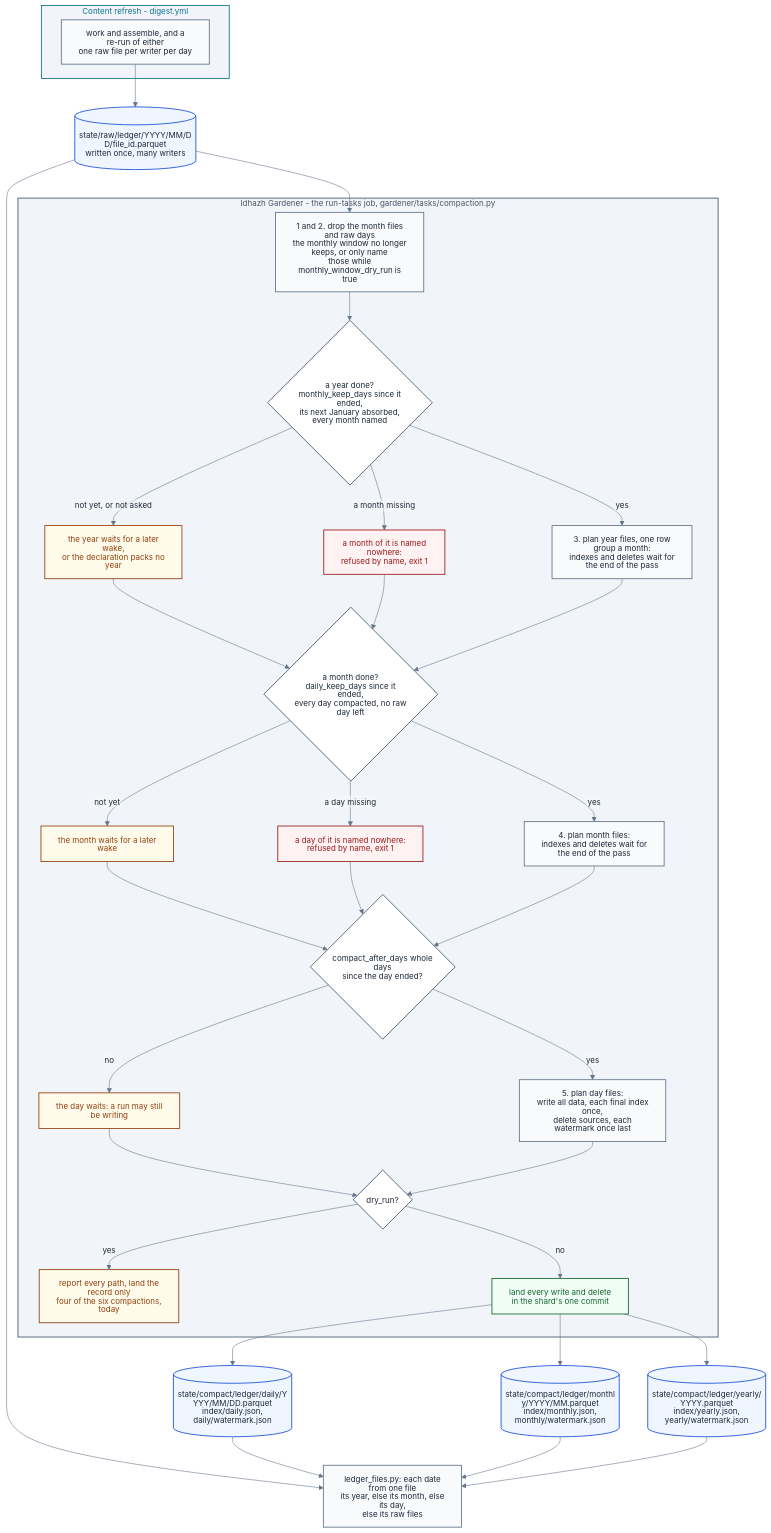
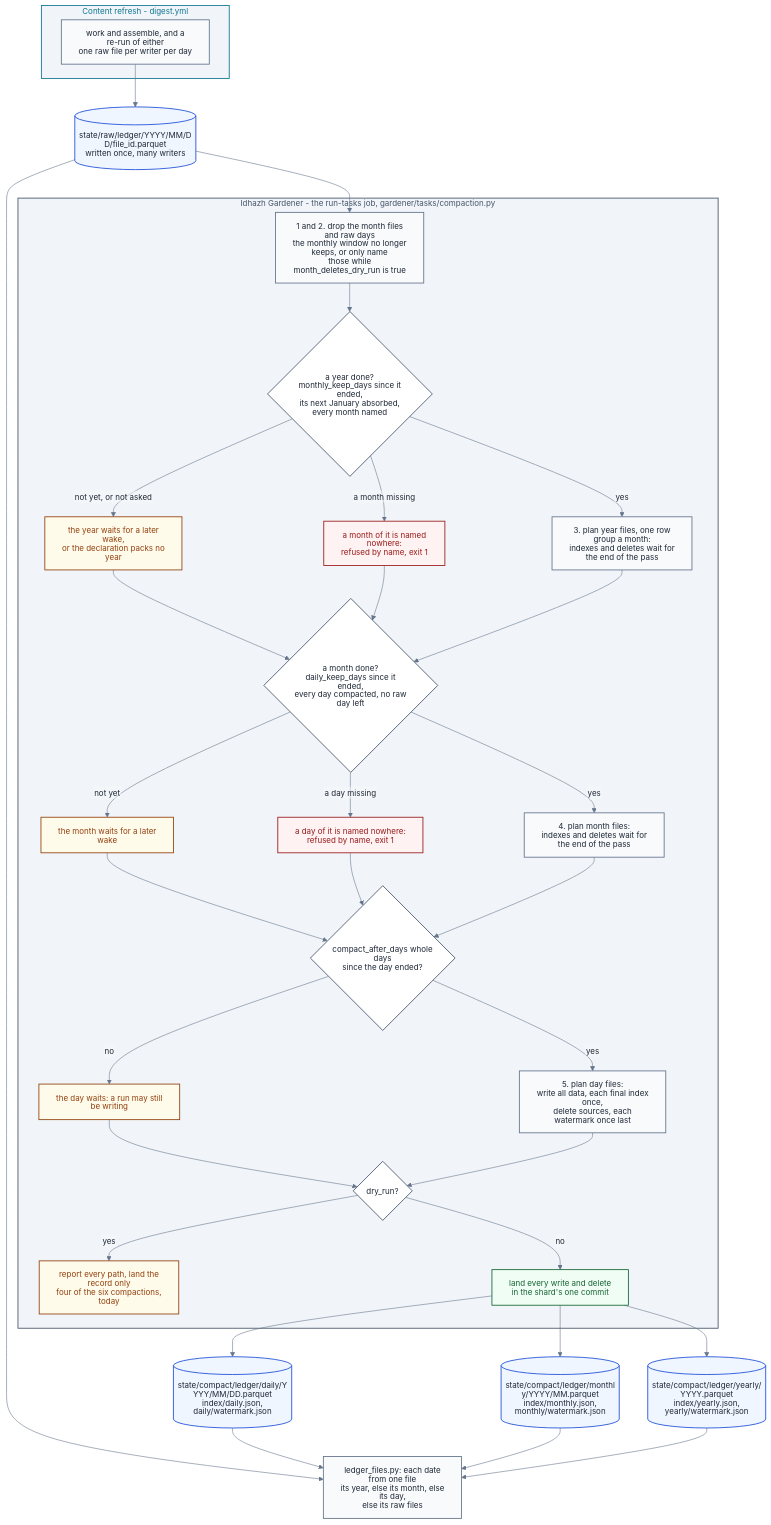
One commit to miztiik/yen-idhazh changed the diagram in docs/architecture/publishing/ledger-compaction.md. Above: the diagram before and after it, drawn with Mermaid. The commit also changed other lines of this file and 28 other files, not shown here.

````diff
--- a/docs/architecture/publishing/ledger-compaction.md
+++ b/docs/architecture/publishing/ledger-compaction.md
@@ -33,79 +33,79 @@
 ```mermaid
 %%{init: {"theme": "base", "htmlLabels": false, "themeVariables": {"background": "#ffffff", "primaryColor": "#f8fafc", "primaryTextColor": "#1f2937", "primaryBorderColor": "#64748b", "lineColor": "#64748b", "textColor": "#1f2937", "clusterBkg": "#f1f5f9", "clusterBorder": "#64748b", "titleColor": "#1f2937", "edgeLabelBackground": "#f8fafc", "fontSize": "14px"}}}%%
 flowchart TB
   subgraph REFRESH["Content refresh - digest.yml"]
     W["work and assemble, and a re-run of either<br/>one raw file per writer per day"]
   end
 
   RAWF[("state/raw/ledger/YYYY/MM/DD/file_id.parquet<br/>written once, many writers")]
 
   subgraph GARDEN["Idhazh Gardener - the run-tasks job, gardener/tasks/compaction.py"]
-    DROP["1 and 2. drop the month files and raw days<br/>the monthly window no longer keeps, or only name<br/>those while monthly_window_dry_run is true"]
+    DROP["1 and 2. drop the month files and raw days<br/>the monthly window no longer keeps, or only name<br/>those while month_deletes_dry_run is true"]
     YDONE{"a year done?<br/>monthly_keep_days since it ended,<br/>its next January absorbed, every month named"}
     YWAIT["the year waits for a later wake,<br/>or the declaration packs no year"]
     YHOLE["a month of it is named nowhere:<br/>refused by name, exit 1"]
     PACK["3. plan year files, one row group a month:<br/>indexes and deletes wait for the end of the pass"]
     MDONE{"a month done?<br/>daily_keep_days since it ended,<br/>every day compacted, no raw day left"}
     MWAIT["the month waits for a later wake"]
     MHOLE["a day of it is named nowhere:<br/>refused by name, exit 1"]
     ABSORB["4. plan month files:<br/>indexes and deletes wait for the end of the pass"]
     DDUE{"compact_after_days whole days<br/>since the day ended?"}
     DHOLD["the day waits: a run may still be writing"]
     TAKE["5. plan day files:<br/>write all data, each final index once,<br/>delete sources, each watermark once last"]
     DRY{"dry_run?"}
     REPORT["report every path, land the record only<br/>four of the six compactions, today"]
     LAND["land every write and delete<br/>in the shard's one commit"]
   end
 
   DAILY[("state/compact/ledger/daily/YYYY/MM/DD.parquet<br/>index/daily.json, daily/watermark.json")]
   MONTHLY[("state/compact/ledger/monthly/YYYY/MM.parquet<br/>index/monthly.json, monthly/watermark.json")]
   YEARLY[("state/compact/ledger/yearly/YYYY.parquet<br/>index/yearly.json, yearly/watermark.json")]
   READER["ledger_files.py: each date from one file<br/>its year, else its month, else its day,<br/>else its raw files"]
 
   W --> RAWF
   RAWF --> DROP
   DROP --> YDONE
   YDONE -->|"not yet, or not asked"| YWAIT
   YDONE -->|"a month missing"| YHOLE
   YDONE -->|"yes"| PACK
   YWAIT --> MDONE
   YHOLE --> MDONE
   PACK --> MDONE
   MDONE -->|"not yet"| MWAIT
   MDONE -->|"a day missing"| MHOLE
   MDONE -->|"yes"| ABSORB
   MWAIT --> DDUE
   MHOLE --> DDUE
   ABSORB --> DDUE
   DDUE -->|"no"| DHOLD
   DDUE -->|"yes"| TAKE
   DHOLD --> DRY
   TAKE --> DRY
   DRY -->|"yes"| REPORT
   DRY -->|"no"| LAND
   LAND --> DAILY
   LAND --> MONTHLY
   LAND --> YEARLY
   RAWF --> READER
   DAILY --> READER
   MONTHLY --> READER
   YEARLY --> READER
 
   classDef stage fill:#f8fafc,stroke:#64748b,stroke-width:1.5px,color:#1f2937;
   classDef decision fill:#ffffff,stroke:#475569,stroke-width:1.5px,color:#1f2937;
   classDef yes fill:#f0fdf4,stroke:#166534,stroke-width:1.5px,color:#166534;
   classDef no fill:#fef2f2,stroke:#991b1b,stroke-width:1.5px,color:#991b1b;
   classDef warn fill:#fffbeb,stroke:#92400e,stroke-width:1.5px,color:#92400e;
   classDef ledger fill:#eff6ff,stroke:#1d4ed8,stroke-width:1.5px,color:#1f2937;
   classDef sysOps fill:#f1f5f9,stroke:#475569,stroke-width:1.5px,color:#475569;
   classDef sysPublish fill:#f1f5f9,stroke:#0e7490,stroke-width:1.5px,color:#0e7490;
 
   class W,DROP,PACK,ABSORB,TAKE,READER stage;
   class YDONE,MDONE,DDUE,DRY decision;
   class LAND yes;
   class YHOLE,MHOLE no;
   class YWAIT,MWAIT,DHOLD,REPORT warn;
   class RAWF,DAILY,MONTHLY,YEARLY ledger;
   class REFRESH sysPublish;
   class GARDEN sysOps;
 ```
````
